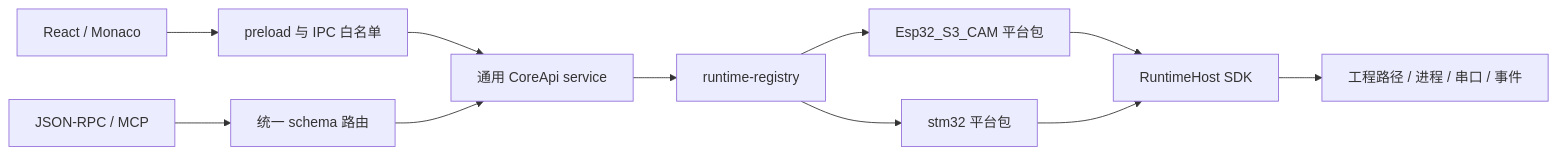
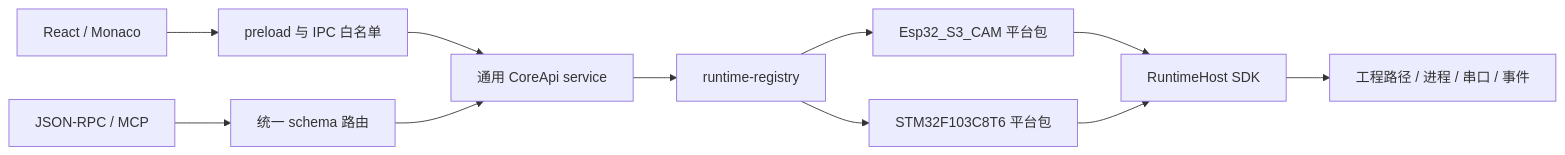
Before and after one commit to mioolio/blode: the diagram in docs/ARCHITECTURE.md, drawn with Mermaid. The commit also changed other lines of this file and 122 other files, not shown here.

````diff
--- a/docs/ARCHITECTURE.md
+++ b/docs/ARCHITECTURE.md
@@ -26,13 +31,13 @@
 ```mermaid
 flowchart LR
     UI[React / Monaco] --> IPC[preload 与 IPC 白名单]
     AI[JSON-RPC / MCP] --> Routes[统一 schema 路由]
     IPC --> Core[通用 CoreApi service]
     Routes --> Core
     Core --> Registry[runtime-registry]
     Registry --> S3[Esp32_S3_CAM 平台包]
-    Registry --> STM32[stm32 平台包]
+    Registry --> STM32[STM32F103C8T6 平台包]
     S3 --> Host[RuntimeHost SDK]
     STM32 --> Host
     Host --> OS[工程路径 / 进程 / 串口 / 事件]
 ```
````
